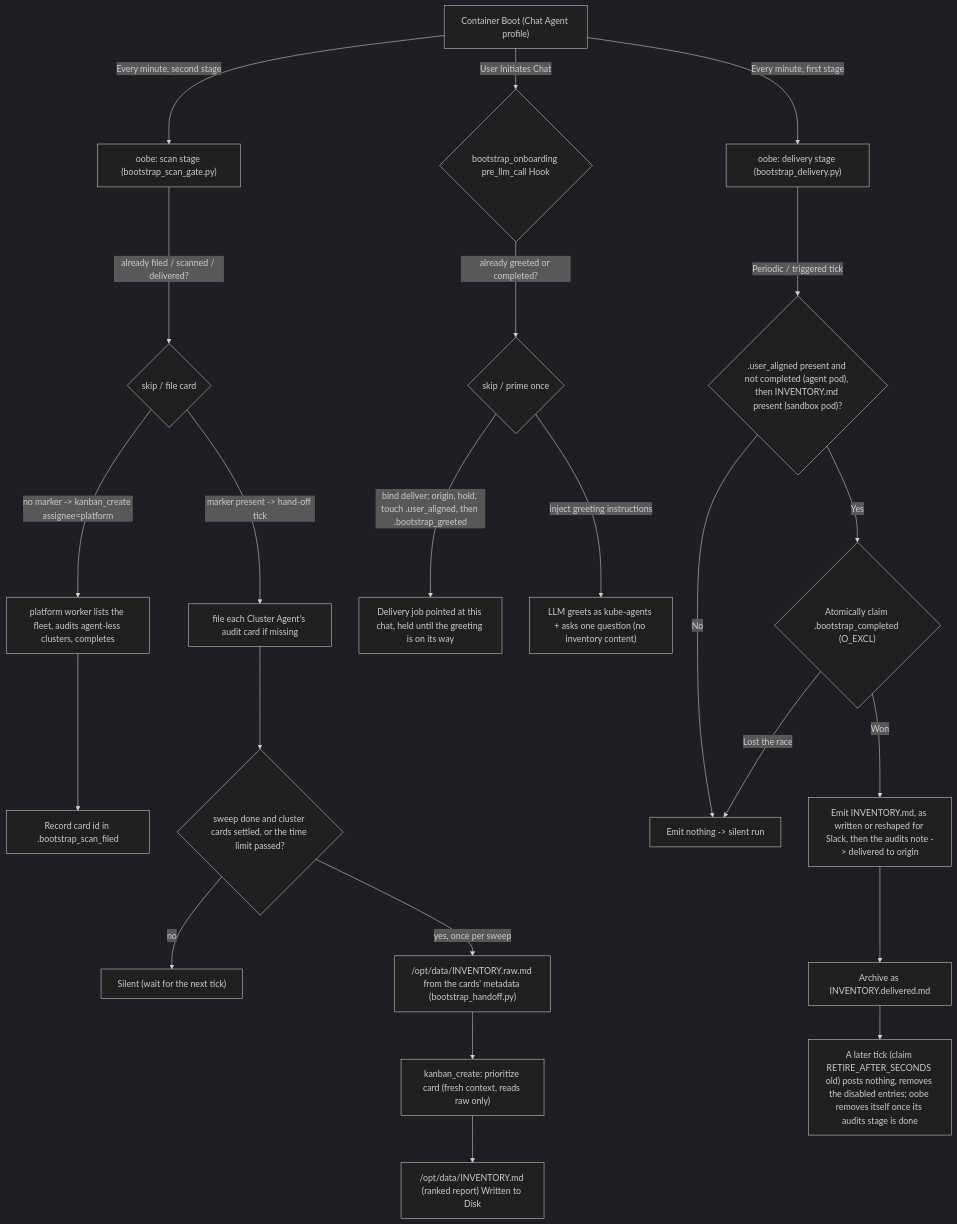
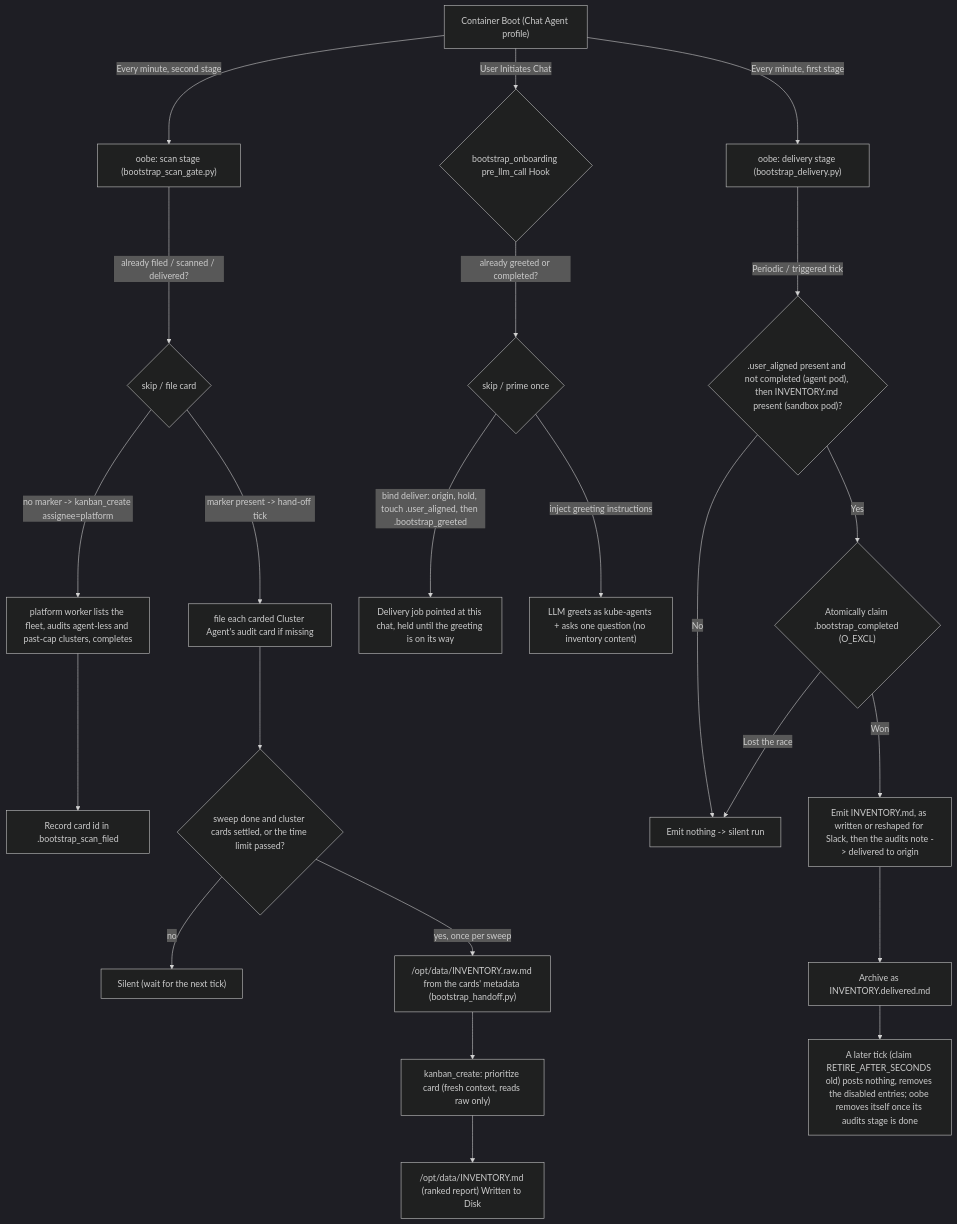
Before and after one commit to Fuxiao-Gao/kube-agents: the first of 3 diagrams in agents/chat/defaults/plugins/bootstrap_onboarding/README.md, drawn with Mermaid (dark theme). The commit also changed other lines of this file and 26 other files, not shown here.

Commit message:
fix(onboarding): cap the first-run scan's per-cluster audit cards (#3702) (#4113)

````diff
--- a/agents/chat/defaults/plugins/bootstrap_onboarding/README.md
+++ b/agents/chat/defaults/plugins/bootstrap_onboarding/README.md
@@ -61,28 +61,28 @@
 ```mermaid
 graph TD
     A["Container Boot (Chat Agent profile)"] -->|Every minute, second stage| B["oobe: scan stage (bootstrap_scan_gate.py)"]
     A -->|Every minute, first stage| C["oobe: delivery stage (bootstrap_delivery.py)"]
     A -->|User Initiates Chat| D{"bootstrap_onboarding pre_llm_call Hook"}
 
     B -->|already filed / scanned / delivered?| B2{"skip / file card"}
-    B2 -->|no marker -> kanban_create assignee=platform| P["platform worker lists the fleet, audits agent-less clusters, completes"]
+    B2 -->|no marker -> kanban_create assignee=platform| P["platform worker lists the fleet, audits agent-less and past-cap clusters, completes"]
     P --> PM["Record card id in .bootstrap_scan_filed"]
-    B2 -->|marker present -> hand-off tick| HF["file each Cluster Agent's audit card if missing"]
+    B2 -->|marker present -> hand-off tick| HF["file each carded Cluster Agent's audit card if missing"]
     HF --> HO{"sweep done and cluster cards settled, or the time limit passed?"}
     HO -->|no| F["Silent (wait for the next tick)"]
     HO -->|yes, once per sweep| R["/opt/data/INVENTORY.raw.md from the cards' metadata (bootstrap_handoff.py)"]
     R --> Q["kanban_create: prioritize card (fresh context, reads raw only)"]
     Q --> E["/opt/data/INVENTORY.md (ranked report) Written to Disk"]
 
     D -->|already greeted or completed?| DG{"skip / prime once"}
     DG -->|bind deliver: origin, hold, touch .user_aligned, then .bootstrap_greeted| G["Delivery job pointed at this chat, held until the greeting is on its way"]
     DG -->|inject greeting instructions| H["LLM greets as kube-agents + asks one question (no inventory content)"]
 
     C -->|Periodic / triggered tick| I{".user_aligned present and not completed (agent pod), then INVENTORY.md present (sandbox pod)?"}
     I -->|No| J["Emit nothing -> silent run"]
     I -->|Yes| CL{"Atomically claim .bootstrap_completed (O_EXCL)"}
     CL -->|Lost the race| J
     CL -->|Won| K["Emit INVENTORY.md, as written or reshaped for Slack, then the audits note -> delivered to origin"]
     K --> L["Archive as INVENTORY.delivered.md"]
     L --> RT["A later tick (claim RETIRE_AFTER_SECONDS old) posts nothing, removes the disabled entries; oobe removes itself once its audits stage is done"]
 ```
````
